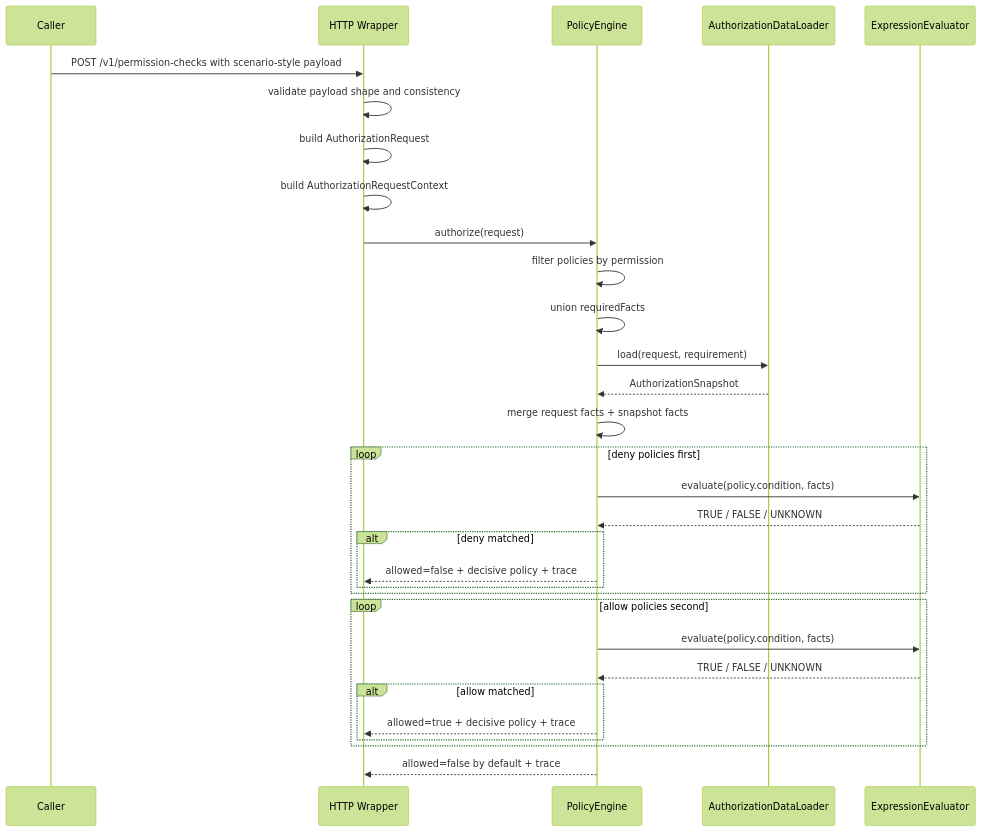
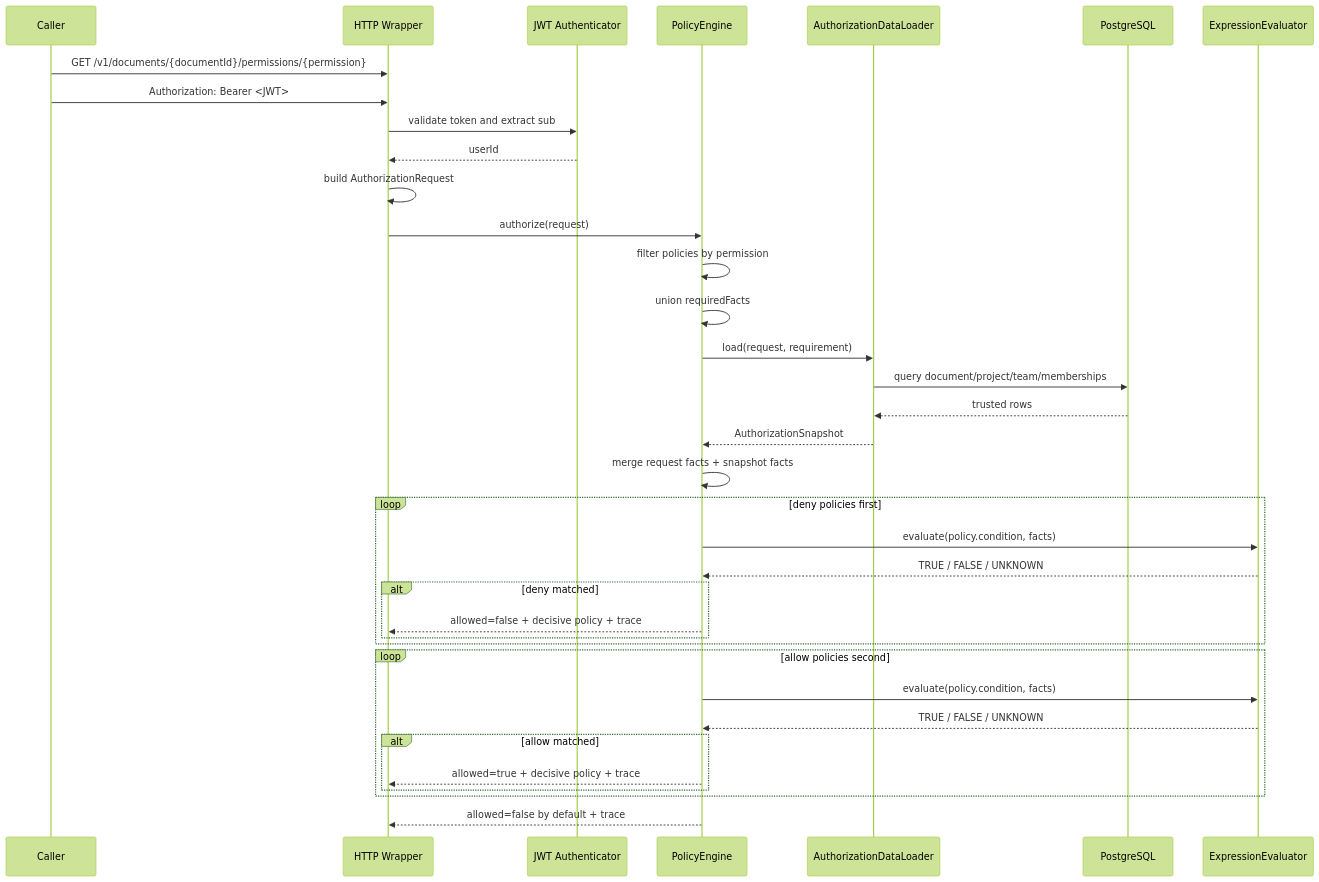
The second of 3 diagrams in DESIGN.md (ilminmoon/permissions-dsl-challenge), drawn with Mermaid (forest theme) before and after one commit. The commit also changed other lines of this file and 83 other files, not shown here.

````diff
--- a/DESIGN.md
+++ b/DESIGN.md
@@ -116,37 +129,42 @@
 ```mermaid
 sequenceDiagram
     participant C as Caller
     participant H as HTTP Wrapper
+    participant J as JWT Authenticator
     participant E as PolicyEngine
     participant L as AuthorizationDataLoader
+    participant P as PostgreSQL
     participant X as ExpressionEvaluator
 
-    C->>H: POST /v1/permission-checks with scenario-style payload
-    H->>H: validate payload shape and consistency
+    C->>H: GET /v1/documents/{documentId}/permissions/{permission}
+    C->>H: Authorization: Bearer <JWT>
+    H->>J: validate token and extract sub
+    J-->>H: userId
     H->>H: build AuthorizationRequest
-    H->>H: build AuthorizationRequestContext
     H->>E: authorize(request)
     E->>E: filter policies by permission
     E->>E: union requiredFacts
     E->>L: load(request, requirement)
+    L->>P: query document/project/team/memberships
+    P-->>L: trusted rows
     L-->>E: AuthorizationSnapshot
     E->>E: merge request facts + snapshot facts
 
     loop deny policies first
         E->>X: evaluate(policy.condition, facts)
         X-->>E: TRUE / FALSE / UNKNOWN
         alt deny matched
             E-->>H: allowed=false + decisive policy + trace
         end
     end
 
     loop allow policies second
         E->>X: evaluate(policy.condition, facts)
         X-->>E: TRUE / FALSE / UNKNOWN
         alt allow matched
             E-->>H: allowed=true + decisive policy + trace
         end
     end
 
     E-->>H: allowed=false by default + trace
 ```
````
